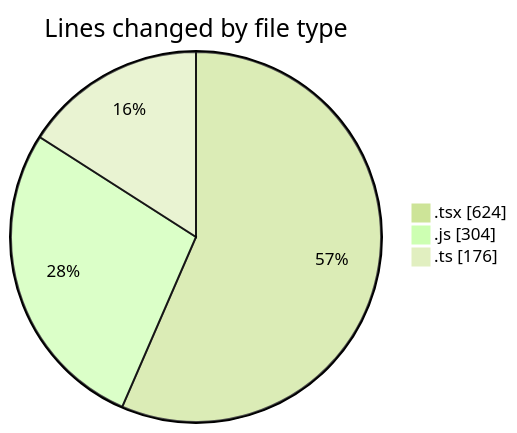
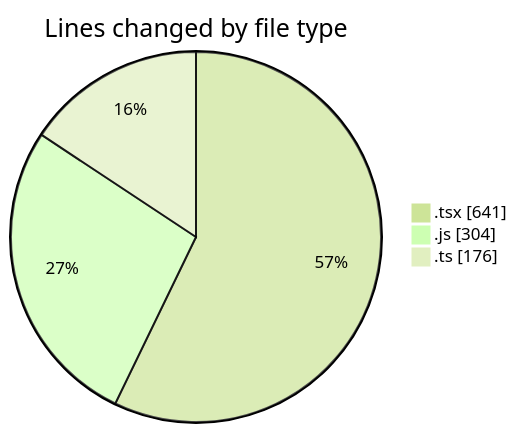
Before and after one commit to momahboobian/code-tracking: the first of 2 diagrams in 2025-02-26/cda/README.md, drawn with Mermaid (forest theme). The commit also changed other lines of this file and 1 other file, not shown here.

````diff
--- a/2025-02-26/cda/README.md
+++ b/2025-02-26/cda/README.md
@@ -30,7 +30,7 @@
 ```mermaid
 pie showData
 title Lines changed by file type
-".tsx" : 624
+".tsx" : 641
 ".js" : 304
 ".ts" : 176
 ```
````
